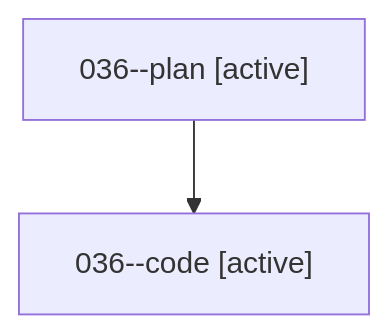
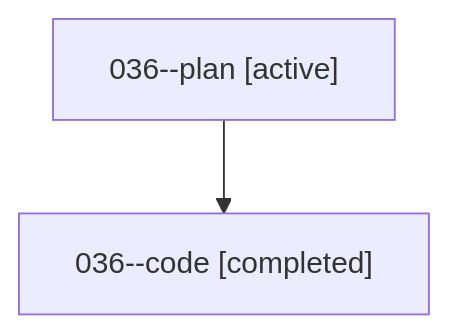
The diagram in families/bbugyi200.athena.036.md (sase-org/sase--agents), drawn with Mermaid before and after one commit. The commit also changed other lines of this file and 35830 other files, not shown here.

````diff
--- a/families/bbugyi200.athena.036.md
+++ b/families/bbugyi200.athena.036.md
@@ -9,6 +9,6 @@
 ```mermaid
 flowchart TD
   n0["036--plan [active]"]
-  n1["036--code [active]"]
+  n1["036--code [completed]"]
   n0 --> n1
 ```
````
